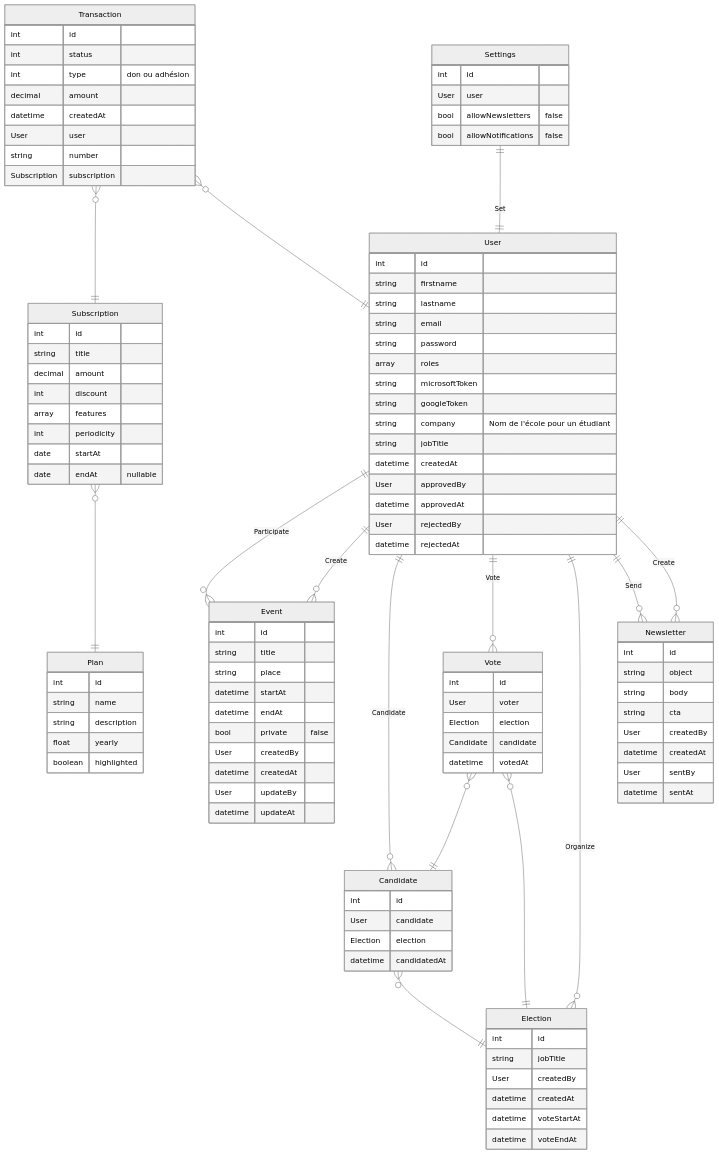
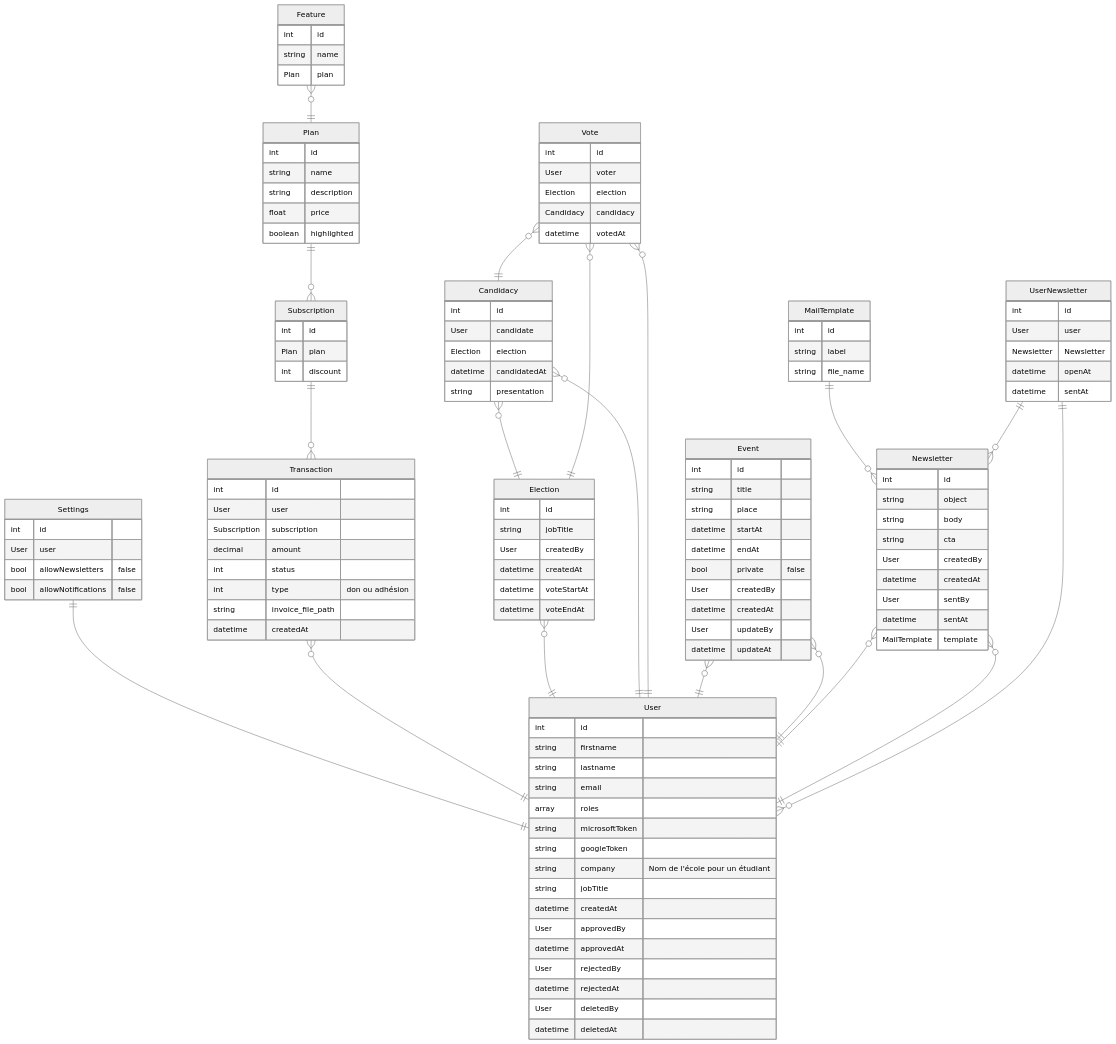
Before and after one commit to epsi-wis-alumni/gestion-adhesions: the diagram in docs/database.md, drawn with Mermaid (neutral theme).

````diff
--- a/docs/database.md
+++ b/docs/database.md
@@ -5,50 +5,21 @@
         string firstname
         string lastname
         string email
-        string password
         array roles
         string microsoftToken
         string googleToken
         string company "Nom de l'école pour un étudiant"
         string jobTitle
         datetime createdAt
-        
         User approvedBy
         datetime approvedAt
-        
         User rejectedBy
         datetime rejectedAt
+        User deletedBy
+        datetime deletedAt
     }
 
-    Subscription {
-        int id
-        string title
-        decimal amount
-        int discount
-        array features
-        int periodicity
-        date startAt
-        date endAt "nullable"
-    }
-
-    Transaction {
-        int id
-        int status
-        int type "don ou adhésion"
-        decimal amount
-        datetime createdAt
-        User user
-        string number
-        Subscription subscription
-    }
-
-    Plan {
-        int id
-        string name
-        string description
-        float yearly
-        boolean highlighted
-    }
+    Settings 1--1 User: ""
 
     Settings {
         int id
@@ -57,16 +28,46 @@
         bool allowNotifications "false"
     }
 
-    Newsletter {
+    Transaction 0+--1 User: ""
+
+    Transaction {
         int id
-        string object
-        string body
-        string cta
-        User createdBy
+        User user
+        Subscription subscription
+        decimal amount
+        int status
+        int type "don ou adhésion"
+        string invoice_file_path
         datetime createdAt
-        User sentBy
-        datetime sentAt
     }
+
+    Subscription 1--0+ Transaction: ""
+
+    Subscription {
+        int id
+        Plan plan
+        int discount
+    }
+
+    Plan 1--0+ Subscription: ""
+    
+    Plan {
+        int id
+        string name
+        string description
+        float price
+        boolean highlighted
+    }
+
+    Feature 0+--1 Plan: ""
+
+    Feature {
+        int id
+        string name
+        Plan plan
+    }
+
+    Election 0+--1 User: ""
 
     Election {
         int id
@@ -77,20 +78,31 @@
         datetime voteEndAt
     }
 
-    Candidate {
+    Candidacy 0+--1 User: ""
+    Candidacy 0+--1 Election: ""
+
+    Candidacy {
         int id
         User candidate
         Election election
         datetime candidatedAt
+        string presentation
     }
+
+    Vote 0+--1 User: ""
+    Vote 0+--1 Election: ""
+    Vote 0+--1 Candidacy: ""
 
     Vote {
         int id
         User voter
         Election election
-        Candidate candidate
+        Candidacy candidacy
         datetime votedAt
     }
+
+    Event 0+--1 User: ""
+    Event 0+--1 User: ""
 
     Event {
         int id
@@ -104,27 +116,38 @@
         User updateBy
         datetime updateAt
     }
-    
-    Settings 1--1 User: "Set"
-    
-    User 1--0+ Newsletter: "Create"
-    User 1--0+ Newsletter: "Send"
 
-    User 1--0+ Election: "Organize"
+    Newsletter 0+--1 User: ""
+    Newsletter 0+--1 User: ""
 
-    User 1--0+ Vote: "Vote"
-    User 1--0+ Candidate: "Candidate"
+    Newsletter {
+        int id
+        string object
+        string body
+        string cta
+        User createdBy
+        datetime createdAt
+        User sentBy
+        datetime sentAt
+        MailTemplate template
+    }
 
-    Vote 0+--1 Election: ""
-    Vote 0+--1 Candidate: ""
+    MailTemplate 1--0+ Newsletter: ""
 
-    Candidate 0+--1 Election: ""
+    MailTemplate {
+        int id
+        string label
+        string file_name
+    }
 
-    Transaction 0+--1 User: ""
-    Transaction 0+--1 Subscription: ""
+    UserNewsletter 1--0+ User: ""
+    UserNewsletter 1--0+ Newsletter: ""
 
-    Subscription 0+--1 Plan: ""
-
-    User 1--0+ Event: "Create"
-    User 1--0+ Event: "Participate"
+    UserNewsletter {
+        int id
+        User user
+        Newsletter Newsletter
+        datetime openAt
+        datetime sentAt
+    }
 ```
````
